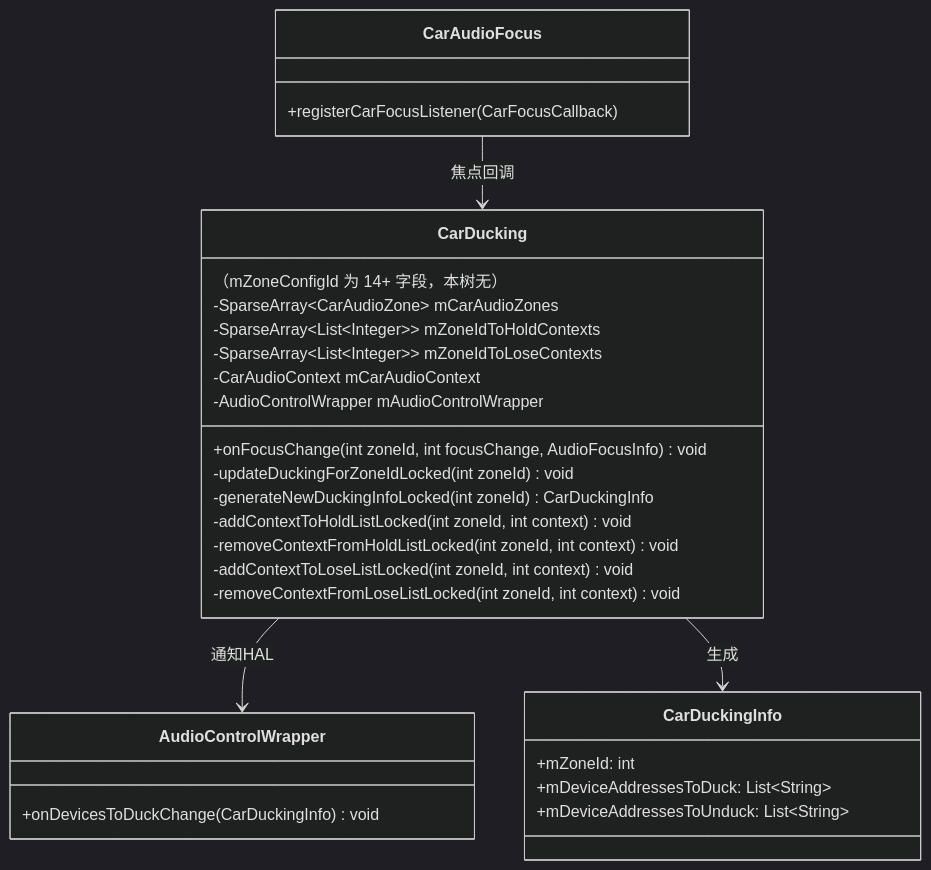
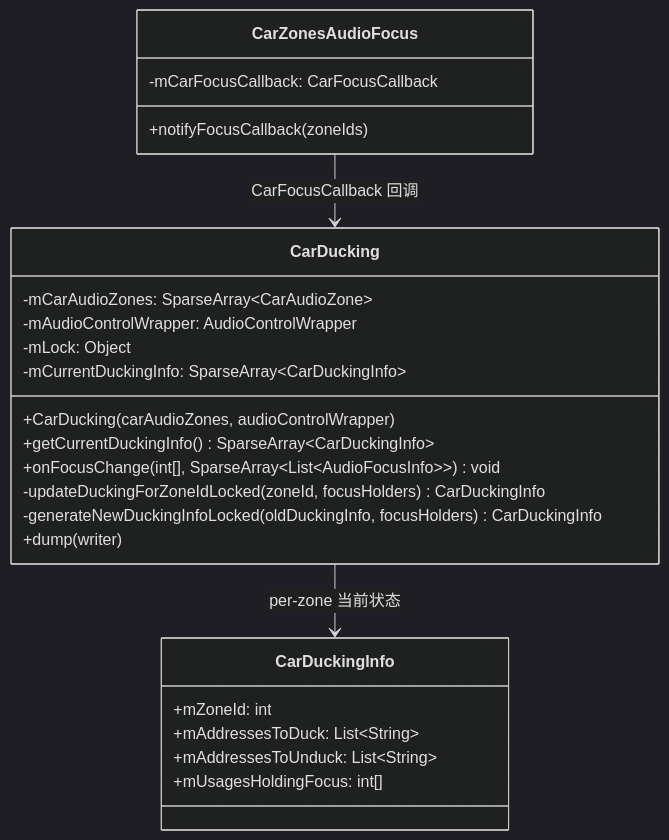
One commit to yanglinzhen1022/SA8295_AAOS_QNX_Audio_KnowledgeBase changed the first of 2 diagrams in 09_AAOS_Car_Audio/09_9.14_CarDucking-AAOS系统级Ducking.md. Above: the diagram before and after it, drawn with Mermaid (dark theme). The commit also changed other lines of this file and 16 other files, not shown here.

````diff
--- a/09_AAOS_Car_Audio/09_9.14_CarDucking-AAOS系统级Ducking.md
+++ b/09_AAOS_Car_Audio/09_9.14_CarDucking-AAOS系统级Ducking.md
@@ -19,32 +23,27 @@
 ```mermaid
 classDiagram
     class CarDucking {
-        （mZoneConfigId 为 14+ 字段，本树无）
-        -SparseArray~CarAudioZone~ mCarAudioZones
-        -SparseArray~List~Integer~~ mZoneIdToHoldContexts
-        -SparseArray~List~Integer~~ mZoneIdToLoseContexts
-        -CarAudioContext mCarAudioContext
-        -AudioControlWrapper mAudioControlWrapper
-        +onFocusChange(int zoneId, int focusChange, AudioFocusInfo) void
-        -updateDuckingForZoneIdLocked(int zoneId) void
-        -generateNewDuckingInfoLocked(int zoneId) CarDuckingInfo
-        -addContextToHoldListLocked(int zoneId, int context) void
-        -removeContextFromHoldListLocked(int zoneId, int context) void
-        -addContextToLoseListLocked(int zoneId, int context) void
-        -removeContextFromLoseListLocked(int zoneId, int context) void
+        -mCarAudioZones: SparseArray~CarAudioZone~
+        -mAudioControlWrapper: AudioControlWrapper
+        -mLock: Object
+        -mCurrentDuckingInfo: SparseArray~CarDuckingInfo~
+        +CarDucking(carAudioZones, audioControlWrapper)
+        +getCurrentDuckingInfo() SparseArray~CarDuckingInfo~
+        +onFocusChange(int[], SparseArray~List~AudioFocusInfo~~) void
+        -updateDuckingForZoneIdLocked(zoneId, focusHolders) CarDuckingInfo
+        -generateNewDuckingInfoLocked(oldDuckingInfo, focusHolders) CarDuckingInfo
+        +dump(writer)
     }
-    class CarAudioFocus {
-        +registerCarFocusListener(CarFocusCallback)
-    }
-    class AudioControlWrapper {
-        +onDevicesToDuckChange(CarDuckingInfo) void
+    class CarZonesAudioFocus {
+        -mCarFocusCallback: CarFocusCallback
+        +notifyFocusCallback(zoneIds)
     }
     class CarDuckingInfo {
         +mZoneId: int
-        +mDeviceAddressesToDuck: List~String~
-        +mDeviceAddressesToUnduck: List~String~
+        +mAddressesToDuck: List~String~
+        +mAddressesToUnduck: List~String~
+        +mUsagesHoldingFocus: int[]
     }
-    CarAudioFocus --> CarDucking : 焦点回调
-    CarDucking --> AudioControlWrapper : 通知HAL
-    CarDucking --> CarDuckingInfo : 生成
+    CarZonesAudioFocus --> CarDucking : CarFocusCallback 回调
+    CarDucking --> CarDuckingInfo : per-zone 当前状态
 ```
````
